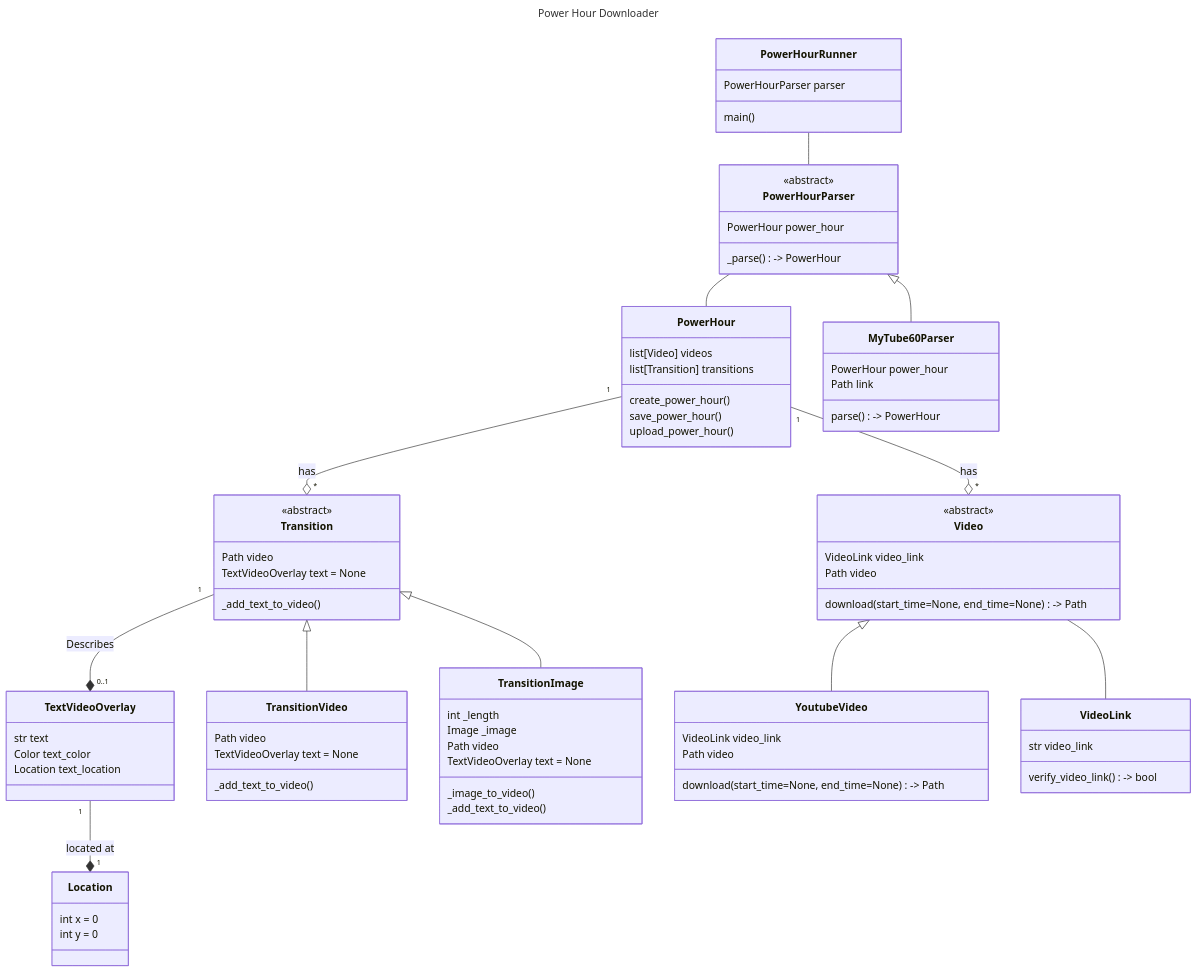
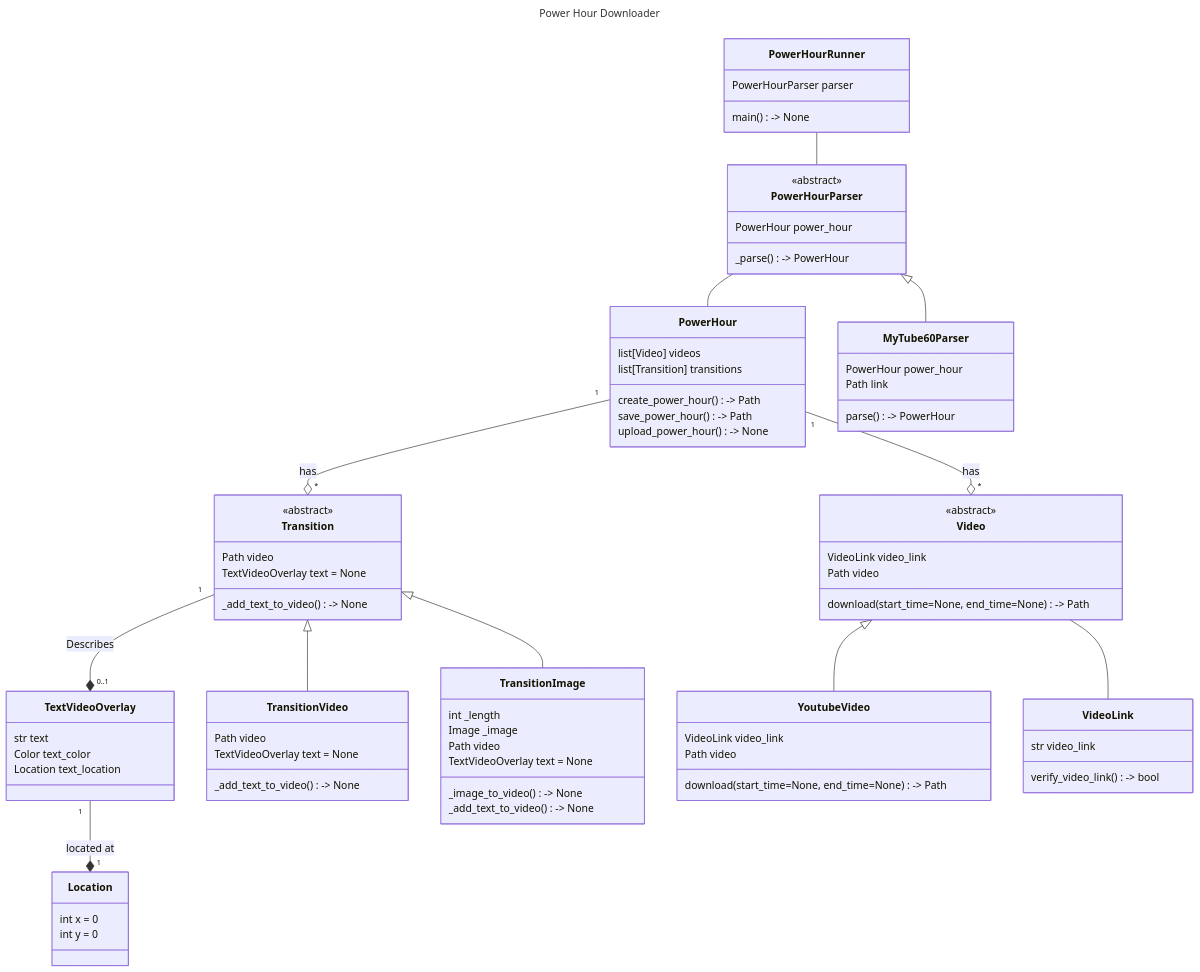
One commit to tjander3/PowerHourDownloader changed the diagram in class-diagram.md. Above: the diagram before and after it, drawn with Mermaid.

Commit message:
Add return types for functions

```diff
--- a/class-diagram.md
+++ b/class-diagram.md
@@ -8,7 +8,7 @@
     class PowerHourRunner {
         PowerHourParser parser
 
-        main()
+        main() -> None
     }
 
     PowerHour "1" --o "*" Video: has
@@ -17,10 +17,9 @@
         list[Video] videos
         list[Transition] transitions
 
-        %% TODO return types for all functions
-        create_power_hour()
-        save_power_hour()
-        upload_power_hour()
+        create_power_hour() -> Path
+        save_power_hour() -> Path
+        upload_power_hour() -> None
     }
 
     PowerHourParser -- PowerHour
@@ -60,7 +59,7 @@
         Path video
         TextVideoOverlay text = None
 
-        _add_text_to_video()
+        _add_text_to_video() -> None
     }
 
     Transition <|-- TransitionVideo
@@ -68,7 +67,7 @@
         Path video
         TextVideoOverlay text = None
 
-        _add_text_to_video()
+        _add_text_to_video() -> None
     }
 
     Transition <|-- TransitionImage
@@ -78,8 +77,8 @@
         Path video
         TextVideoOverlay text = None
 
-        _image_to_video()
-        _add_text_to_video()
+        _image_to_video() -> None
+        _add_text_to_video() -> None
     }
 
     class Video{
```
